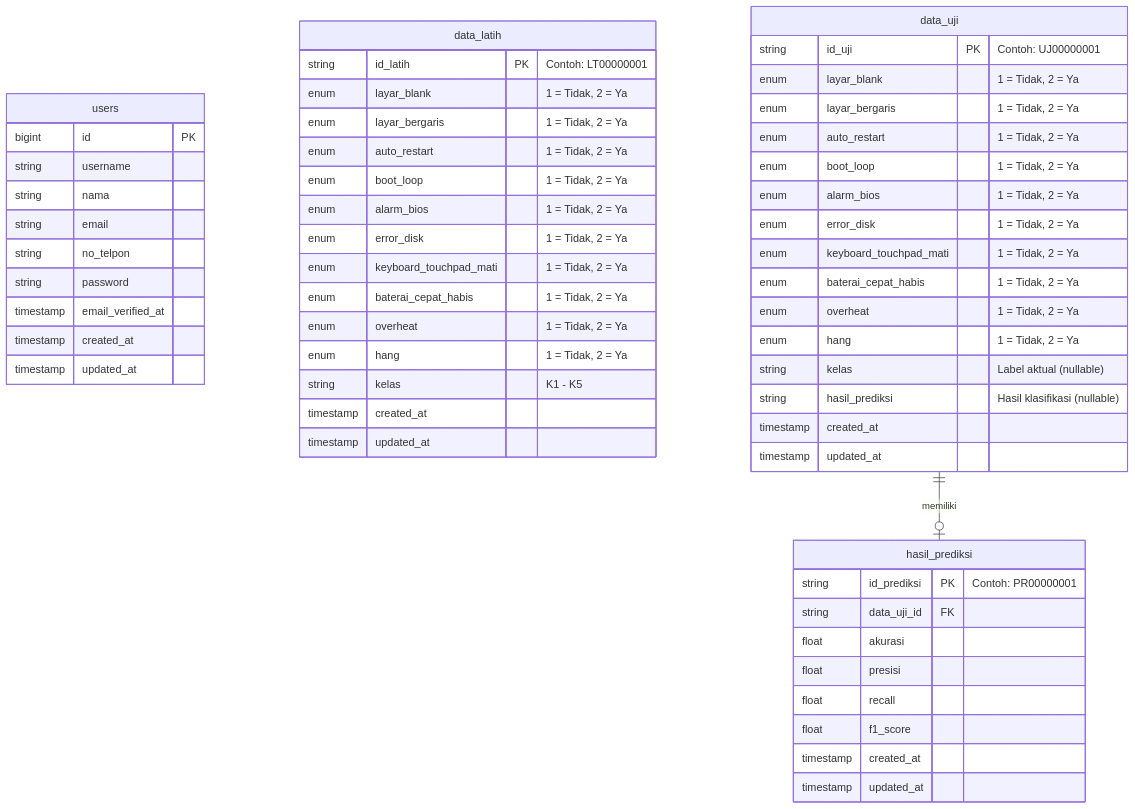
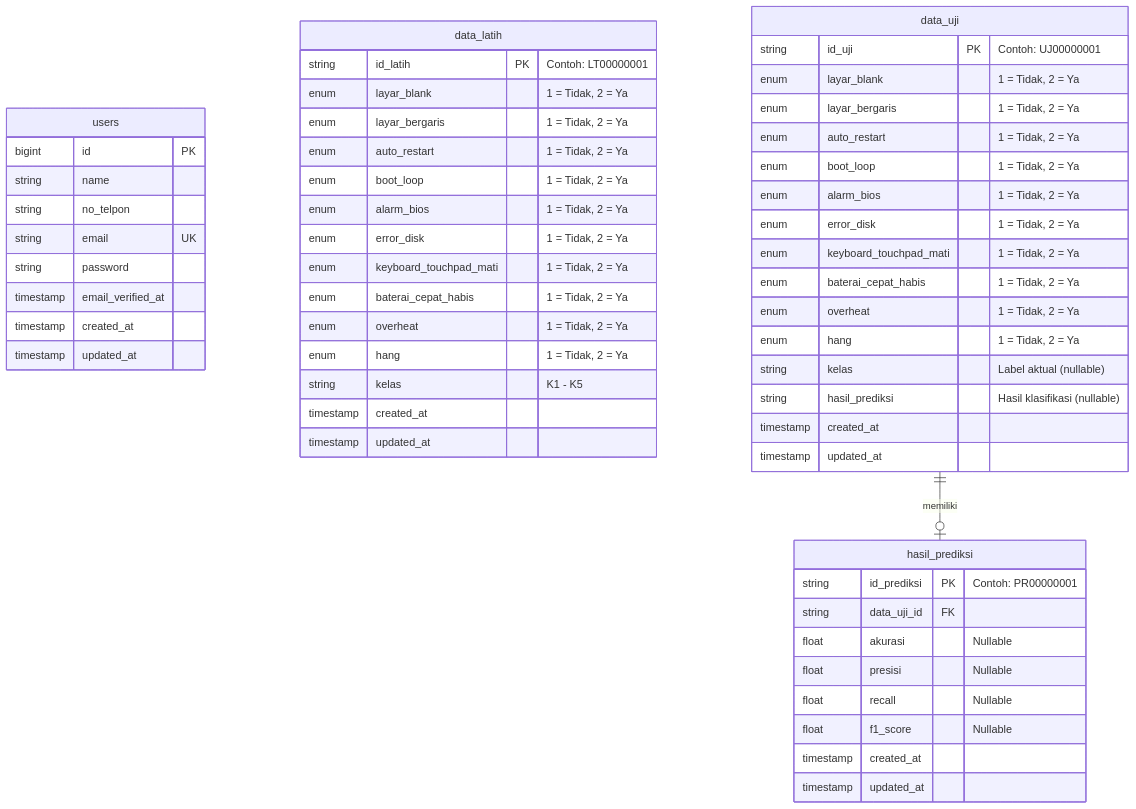
One commit to farhanrbagask/prediksi-kerusakan-laptop changed the third of 3 diagrams in README.md. Above: the diagram before and after it, drawn with Mermaid. The commit also changed other lines of this file, not shown here.

````diff
--- a/README.md
+++ b/README.md
@@ -260,62 +297,61 @@
 ```mermaid
 erDiagram
     users {
         bigint id PK
-        string username
-        string nama
-        string email
+        string name
         string no_telpon
+        string email UK
         string password
         timestamp email_verified_at
         timestamp created_at
         timestamp updated_at
     }
 
     data_latih {
         string id_latih PK "Contoh: LT00000001"
         enum layar_blank "1 = Tidak, 2 = Ya"
         enum layar_bergaris "1 = Tidak, 2 = Ya"
         enum auto_restart "1 = Tidak, 2 = Ya"
         enum boot_loop "1 = Tidak, 2 = Ya"
         enum alarm_bios "1 = Tidak, 2 = Ya"
         enum error_disk "1 = Tidak, 2 = Ya"
         enum keyboard_touchpad_mati "1 = Tidak, 2 = Ya"
         enum baterai_cepat_habis "1 = Tidak, 2 = Ya"
         enum overheat "1 = Tidak, 2 = Ya"
         enum hang "1 = Tidak, 2 = Ya"
         string kelas "K1 - K5"
         timestamp created_at
         timestamp updated_at
     }
 
     data_uji {
         string id_uji PK "Contoh: UJ00000001"
         enum layar_blank "1 = Tidak, 2 = Ya"
         enum layar_bergaris "1 = Tidak, 2 = Ya"
         enum auto_restart "1 = Tidak, 2 = Ya"
         enum boot_loop "1 = Tidak, 2 = Ya"
         enum alarm_bios "1 = Tidak, 2 = Ya"
         enum error_disk "1 = Tidak, 2 = Ya"
         enum keyboard_touchpad_mati "1 = Tidak, 2 = Ya"
         enum baterai_cepat_habis "1 = Tidak, 2 = Ya"
         enum overheat "1 = Tidak, 2 = Ya"
         enum hang "1 = Tidak, 2 = Ya"
         string kelas "Label aktual (nullable)"
         string hasil_prediksi "Hasil klasifikasi (nullable)"
         timestamp created_at
         timestamp updated_at
     }
 
     hasil_prediksi {
         string id_prediksi PK "Contoh: PR00000001"
         string data_uji_id FK
-        float akurasi
-        float presisi
-        float recall
-        float f1_score
+        float akurasi "Nullable"
+        float presisi "Nullable"
+        float recall "Nullable"
+        float f1_score "Nullable"
         timestamp created_at
         timestamp updated_at
     }
 
     data_uji ||--o| hasil_prediksi : "memiliki"
 ```
````
